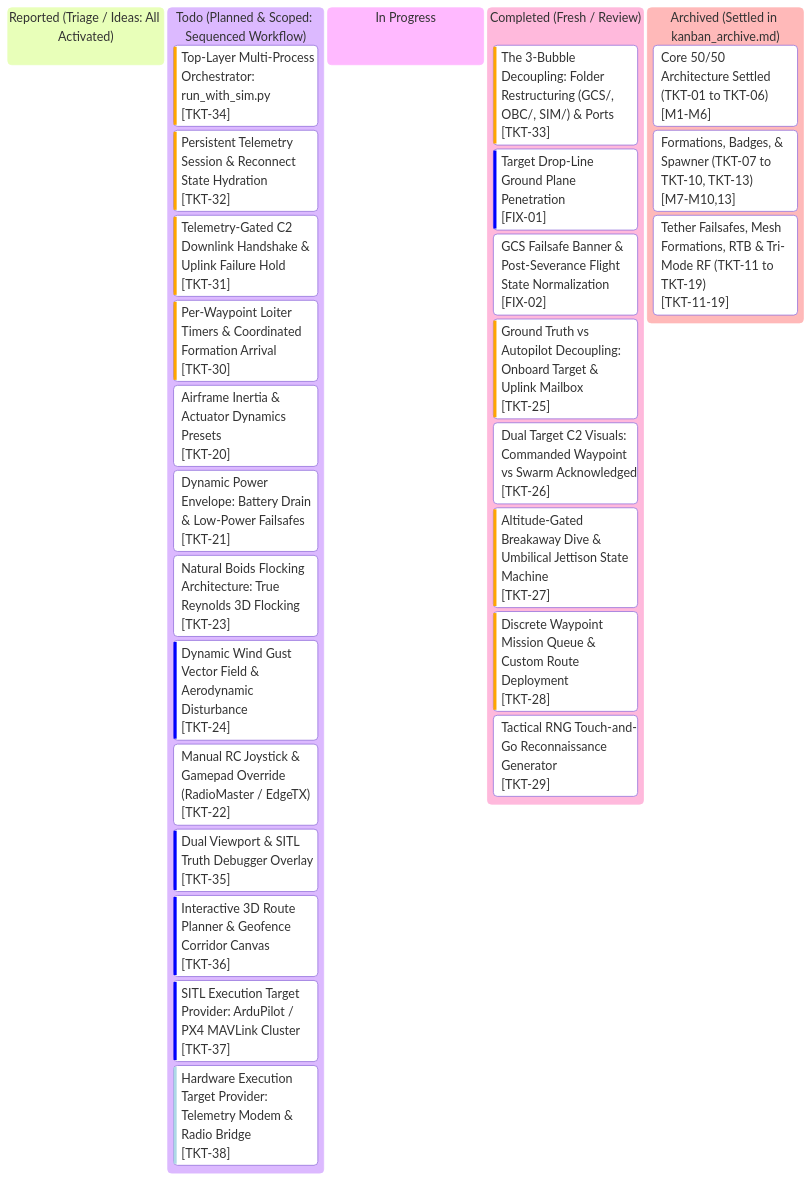
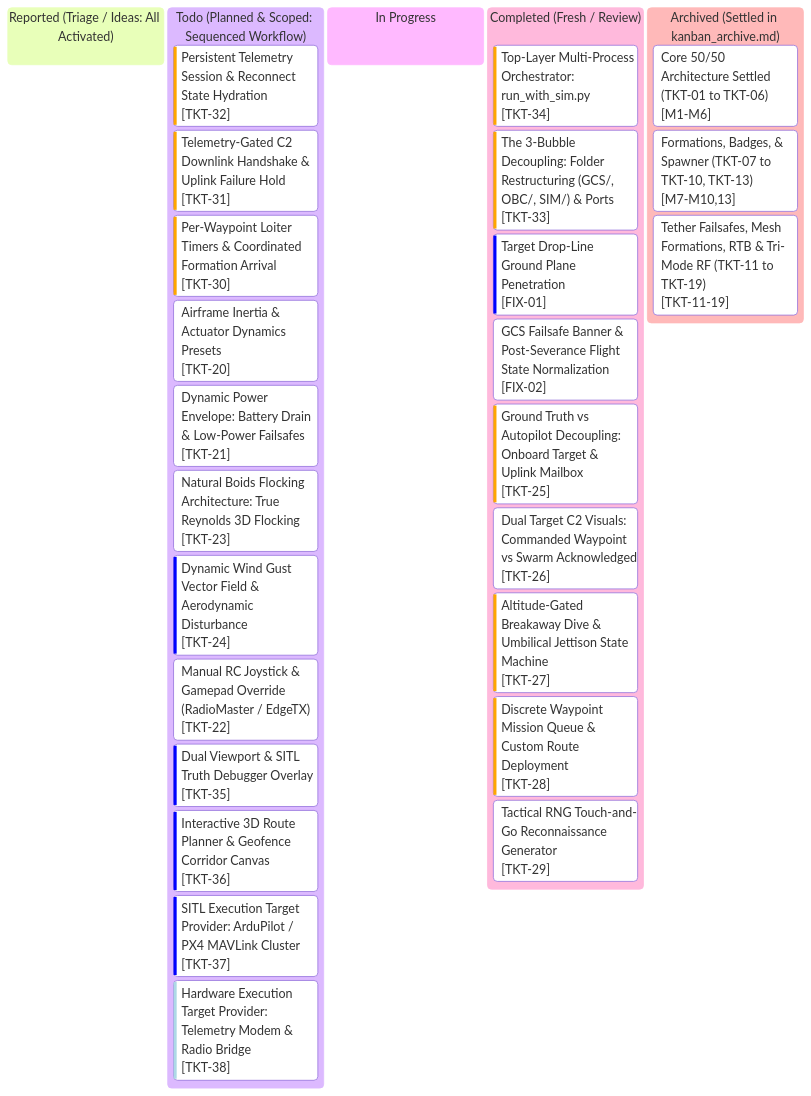
Before and after one commit to AlitheiaDeus/SwarmTech_v3-Uprising: the diagram in kanban.md, drawn with Mermaid. The commit also changed other lines of this file and 4 other files, not shown here.

Commit message:
feat(orchestrator): top-layer multi-process orchestrator run_with_sim.py with clean SIGINT teardown [TKT-34]

````diff
--- a/kanban.md
+++ b/kanban.md
@@ -10,52 +10,52 @@
 ```mermaid
 %%{init: {
   'theme': 'base',
   'themeVariables': {
     'primaryColor': '#0d2235',
     'primaryTextColor': '#d4f4ff',
     'primaryBorderColor': '#00f0ff',
     'lineColor': '#00f0ff',
     'background': '#061019',
     'mainBkg': '#0a1926',
     'secondaryColor': '#081420',
     'secondaryTextColor': '#5a7e96',
     'secondaryBorderColor': '#134e6f',
     'tertiaryColor': '#0e263d',
     'tertiaryTextColor': '#00ffaa',
     'tertiaryBorderColor': '#00ffaa',
     'clusterBkg': '#081420',
     'clusterBorder': '#134e6f',
     'fontFamily': "'JetBrains Mono', 'Courier New', monospace"
   }
 }}%%
 kanban
   reported["Reported (Triage / Ideas: All Activated)"]
   todo["Todo (Planned & Scoped: Sequenced Workflow)"]
-    tkt34["Top-Layer Multi-Process Orchestrator: run_with_sim.py"]@{ ticket: '[TKT-34]', priority: 'High' }
     tkt32["Persistent Telemetry Session & Reconnect State Hydration"]@{ ticket: '[TKT-32]', priority: 'High' }
     tkt31["Telemetry-Gated C2 Downlink Handshake & Uplink Failure Hold"]@{ ticket: '[TKT-31]', priority: 'High' }
     tkt30["Per-Waypoint Loiter Timers & Coordinated Formation Arrival"]@{ ticket: '[TKT-30]', priority: 'High' }
     tkt20["Airframe Inertia & Actuator Dynamics Presets"]@{ ticket: '[TKT-20]', priority: 'Medium' }
     tkt21["Dynamic Power Envelope: Battery Drain & Low-Power Failsafes"]@{ ticket: '[TKT-21]', priority: 'Medium' }
     tkt23["Natural Boids Flocking Architecture: True Reynolds 3D Flocking"]@{ ticket: '[TKT-23]', priority: 'Medium' }
     tkt24["Dynamic Wind Gust Vector Field & Aerodynamic Disturbance"]@{ ticket: '[TKT-24]', priority: 'Low' }
     tkt22["Manual RC Joystick & Gamepad Override (RadioMaster / EdgeTX)"]@{ ticket: '[TKT-22]', priority: 'Medium' }
     tkt35["Dual Viewport & SITL Truth Debugger Overlay"]@{ ticket: '[TKT-35]', priority: 'Low' }
     tkt36["Interactive 3D Route Planner & Geofence Corridor Canvas"]@{ ticket: '[TKT-36]', priority: 'Low' }
     tkt37["SITL Execution Target Provider: ArduPilot / PX4 MAVLink Cluster"]@{ ticket: '[TKT-37]', priority: 'Low' }
     tkt38["Hardware Execution Target Provider: Telemetry Modem & Radio Bridge"]@{ ticket: '[TKT-38]', priority: 'Very Low' }
   in_progress["In Progress"]
   completed["Completed (Fresh / Review)"]
+    tkt34["Top-Layer Multi-Process Orchestrator: run_with_sim.py"]@{ ticket: '[TKT-34]', priority: 'High' }
     tkt33["The 3-Bubble Decoupling: Folder Restructuring (GCS/, OBC/, SIM/) & Ports"]@{ ticket: '[TKT-33]', priority: 'High' }
     fix01["Target Drop-Line Ground Plane Penetration"]@{ ticket: '[FIX-01]', priority: 'Low' }
     fix02["GCS Failsafe Banner & Post-Severance Flight State Normalization"]@{ ticket: '[FIX-02]', priority: 'Medium' }
     tkt25["Ground Truth vs Autopilot Decoupling: Onboard Target & Uplink Mailbox"]@{ ticket: '[TKT-25]', priority: 'High' }
     tkt26["Dual Target C2 Visuals: Commanded Waypoint vs Swarm Acknowledged"]@{ ticket: '[TKT-26]', priority: 'Medium' }
     tkt27["Altitude-Gated Breakaway Dive & Umbilical Jettison State Machine"]@{ ticket: '[TKT-27]', priority: 'High' }
     tkt28["Discrete Waypoint Mission Queue & Custom Route Deployment"]@{ ticket: '[TKT-28]', priority: 'High' }
     tkt29["Tactical RNG Touch-and-Go Reconnaissance Generator"]@{ ticket: '[TKT-29]', priority: 'Medium' }
   archived["Archived (Settled in kanban_archive.md)"]
     arch_m1_6["Core 50/50 Architecture Settled (TKT-01 to TKT-06)"]@{ ticket: '[M1-M6]' }
     arch_m7_10_13["Formations, Badges, & Spawner (TKT-07 to TKT-10, TKT-13)"]@{ ticket: '[M7-M10,13]' }
     arch_m11_19["Tether Failsafes, Mesh Formations, RTB & Tri-Mode RF (TKT-11 to TKT-19)"]@{ ticket: '[TKT-11-19]' }
 ```
````
